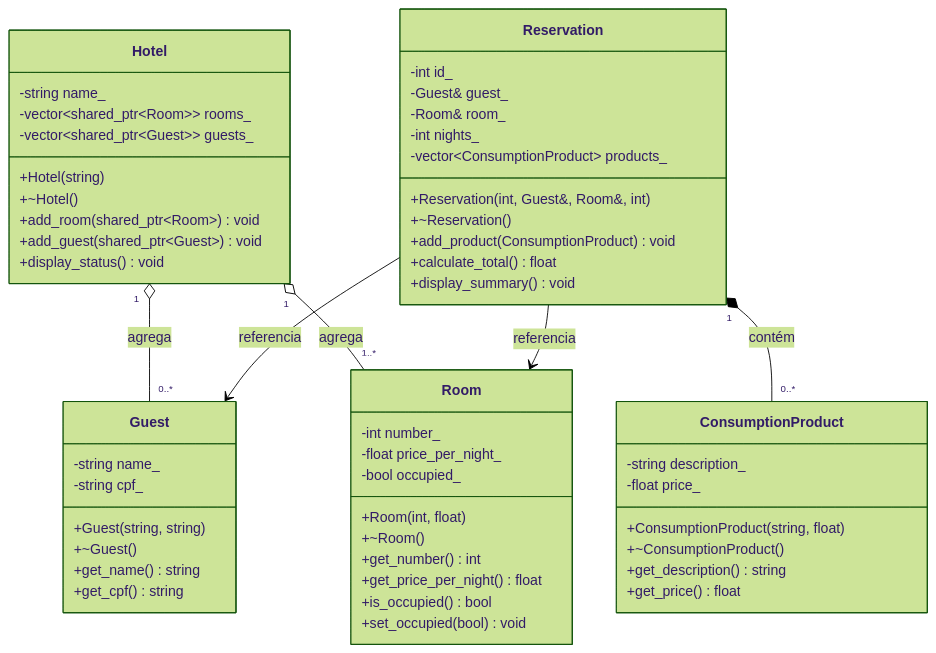
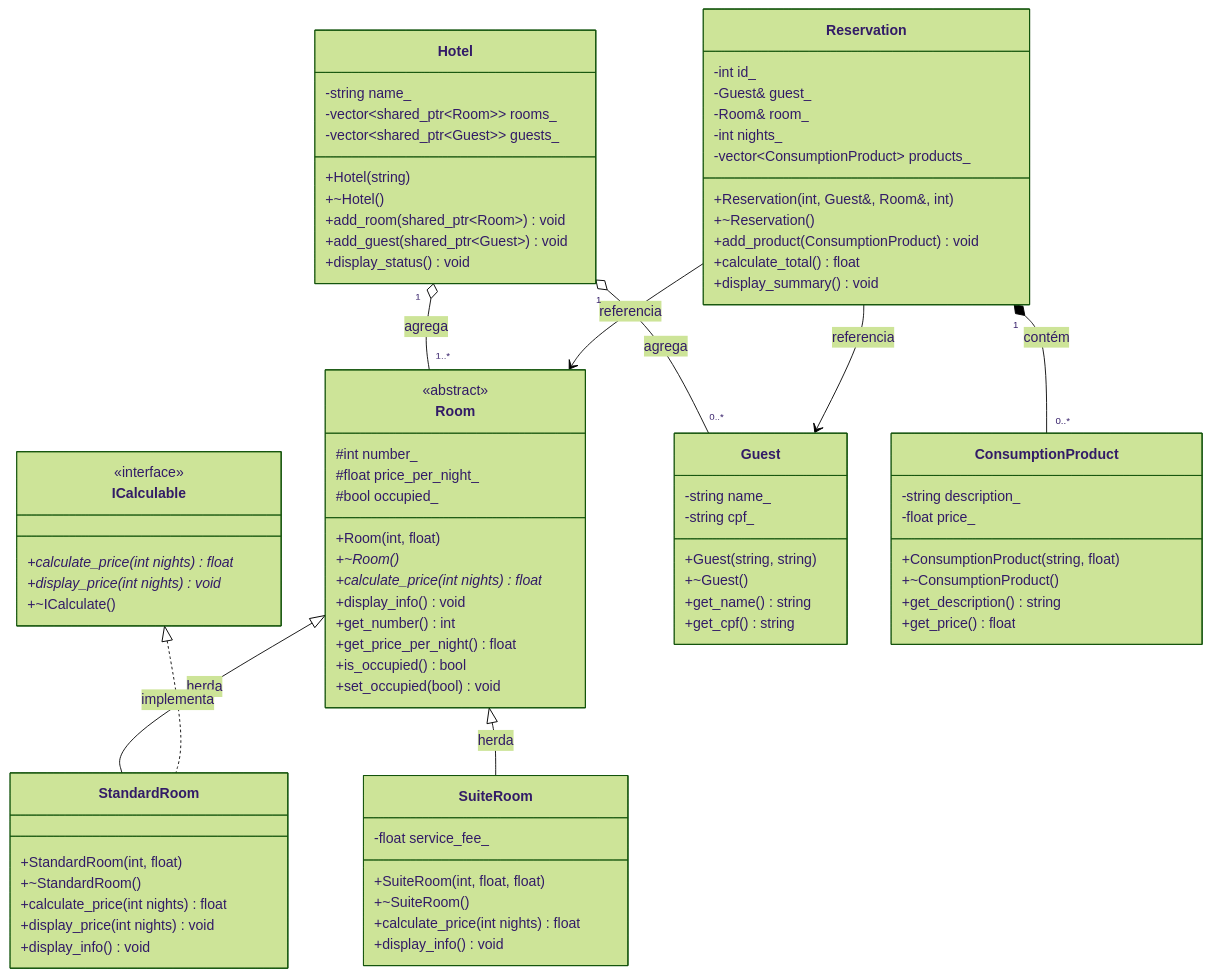
One commit to DavidysPnts/Projeto_Gestao_Hotel changed the diagram in meu_projeto/README.md. Above: the diagram before and after it, drawn with Mermaid (forest theme). The commit also changed other lines of this file and 6 other files, not shown here.

Commit message:
Q3 -- Interfacez Puras e Herança Avançada - criação da interface icalculate.hpp e modificação em standardroom e main

```diff
--- a/meu_projeto/README.md
+++ b/meu_projeto/README.md
@@ -22,16 +22,42 @@
         +display_status() void
     }
 
+    class ICalculable {
+        <<interface>>
+        +calculate_price(int nights) float*
+        +display_price(int nights) void*
+        +~ICalculate()
+    }
+
     class Room {
-        -int number_
-        -float price_per_night_
-        -bool occupied_
+        <<abstract>>
+        #int number_
+        #float price_per_night_
+        #bool occupied_
         +Room(int, float)
-        +~Room()
+        +~Room()*
+        +calculate_price(int nights) float*
+        +display_info() void
         +get_number() int
         +get_price_per_night() float
         +is_occupied() bool
         +set_occupied(bool) void
+    }
+
+    class StandardRoom {
+        +StandardRoom(int, float)
+        +~StandardRoom()
+        +calculate_price(int nights) float
+        +display_price(int nights) void
+        +display_info() void
+    }
+
+    class SuiteRoom {
+        -float service_fee_
+        +SuiteRoom(int, float, float)
+        +~SuiteRoom()
+        +calculate_price(int nights) float
+        +display_info() void
     }
 
     class Guest {
@@ -65,6 +91,9 @@
         +get_price() float
     }
 
+    Room <|-- StandardRoom : herda
+    Room <|-- SuiteRoom : herda
+    ICalculable <|.. StandardRoom : implementa
     Hotel "1" o-- "0..*" Guest : agrega
     Hotel "1" o-- "1..*" Room : agrega
     Reservation "1" *-- "0..*" ConsumptionProduct : contém
```
